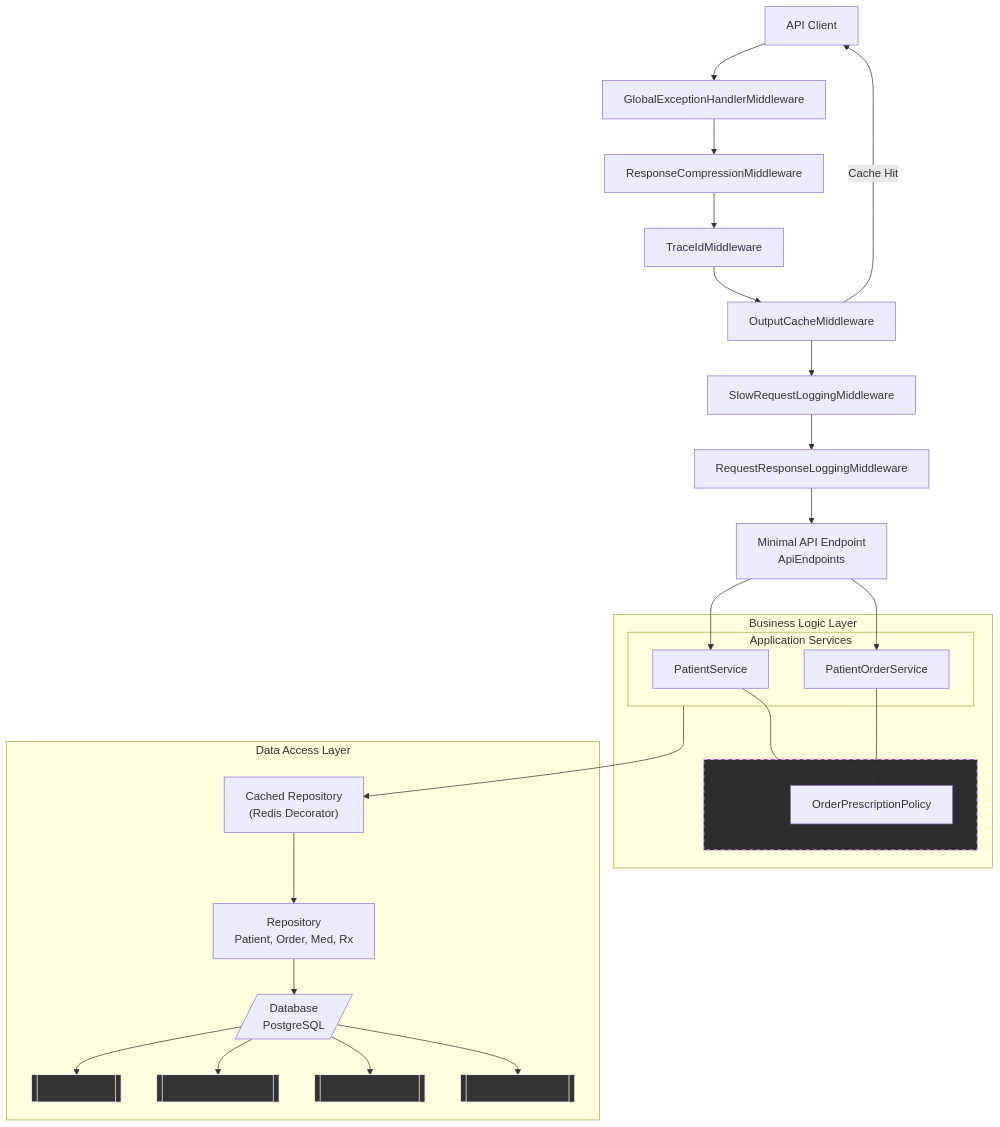
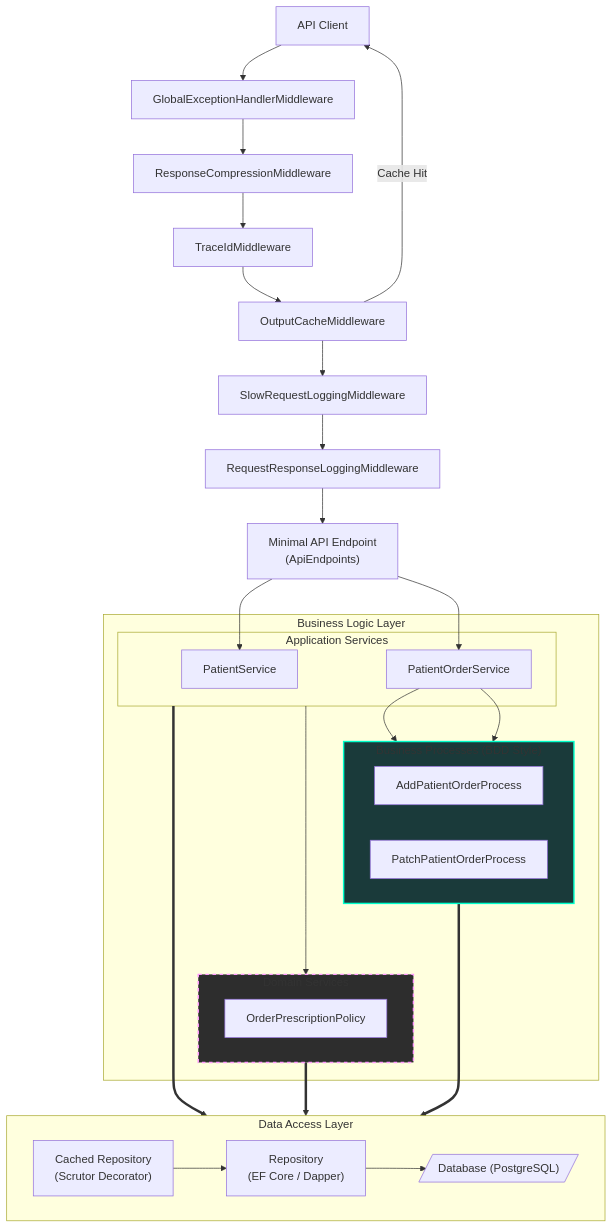
The second of 2 diagrams in README.md (ponylin1985/example-api), drawn with Mermaid before and after one commit. The commit also changed other lines of this file, not shown here.

Commit message:
Update the system diagram in README.md.

````diff
--- a/README.md
+++ b/README.md
@@ -573,68 +577,63 @@
 ```mermaid
 flowchart TD
     Client["API Client"]
 
     %% Middlewares
     M1["GlobalExceptionHandlerMiddleware"]
     M2["ResponseCompressionMiddleware"]
     M3["TraceIdMiddleware"]
     M4["OutputCacheMiddleware"]
     M5["SlowRequestLoggingMiddleware"]
     M6["RequestResponseLoggingMiddleware"]
 
-    Endpoint["Minimal API Endpoint<br/>ApiEndpoints"]
+    Endpoint["Minimal API Endpoint<br/>(ApiEndpoints)"]
 
     %% Business Logic Layer
     subgraph Business_Logic_Layer["Business Logic Layer"]
         subgraph Application_Services["Application Services"]
             S1["PatientService"]
             S2["PatientOrderService"]
+        end
+
+        subgraph Processes["Business&nbsp;Processes&nbsp;(BDD&nbsp;Style)"]
+            direction LR
+            P1["AddPatientOrderProcess"]
+            P2["PatchPatientOrderProcess"]
         end
         
         subgraph Domain_Services["Domain Services"]
             DS1["OrderPrescriptionPolicy"]
         end
     end
 
     %% Data Access Layer
     subgraph Data_Access_Layer["Data Access Layer"]
-        RedisCache["Cached Repository<br/>(Redis Decorator)"]
-        Repository["Repository<br/>Patient, Order, Med, Rx"]
-        
-        DB[/"Database<br/>PostgreSQL"/]
-        
-        T1[["Table: patient"]]
-        T2[["Table: patient_order"]]
-        T3[["Table: medication"]]
-        T4[["Table: prescription"]]
+        RedisCache["Cached Repository<br/>(Scrutor Decorator)"]
+        Repository["Repository<br/>(EF Core / Dapper)"]
+        DB[/"Database (PostgreSQL)"/]
     end
 
-    %% HTTP Pipeline
+    %% HTTP Pipeline & API Flow
     Client --> M1 --> M2 --> M3 --> M4
     M4 -- "Cache Hit" --> Client
     M4 --> M5 --> M6 --> Endpoint
+    
     Endpoint --> S1
     Endpoint --> S2
+    S2 --> P1
+    S2 --> P2
 
-    %% Logic Dependency
-    S1 --> DS1
-    S2 --> DS1
-    Application_Services --> RedisCache
+    %% Simplified Dependencies as requested
+    Application_Services ----> Domain_Services
+    
+    %% Representational connection to Data Access Layer
+    Application_Services ==> Data_Access_Layer
+    Processes ==> Data_Access_Layer
+    Domain_Services ==> Data_Access_Layer
 
-    %% Data Flow
-    RedisCache --> Repository
-    Repository --> DB
-
-    %% DB Tables Relationship
-    DB --> T1
-    DB --> T2
-    DB --> T3
-    DB --> T4
+    RedisCache --> Repository --> DB
 
     %% Styles
+    style Processes fill:#1a3a3a,stroke:#00ffcc,stroke-width:2px
     style Domain_Services fill:#2d2d2d,stroke:#f9f,stroke-width:2px,stroke-dasharray: 5 5
-    style T1 fill:#333,stroke:#fff
-    style T2 fill:#333,stroke:#fff
-    style T3 fill:#333,stroke:#fff
-    style T4 fill:#333,stroke:#fff
 ```
````
